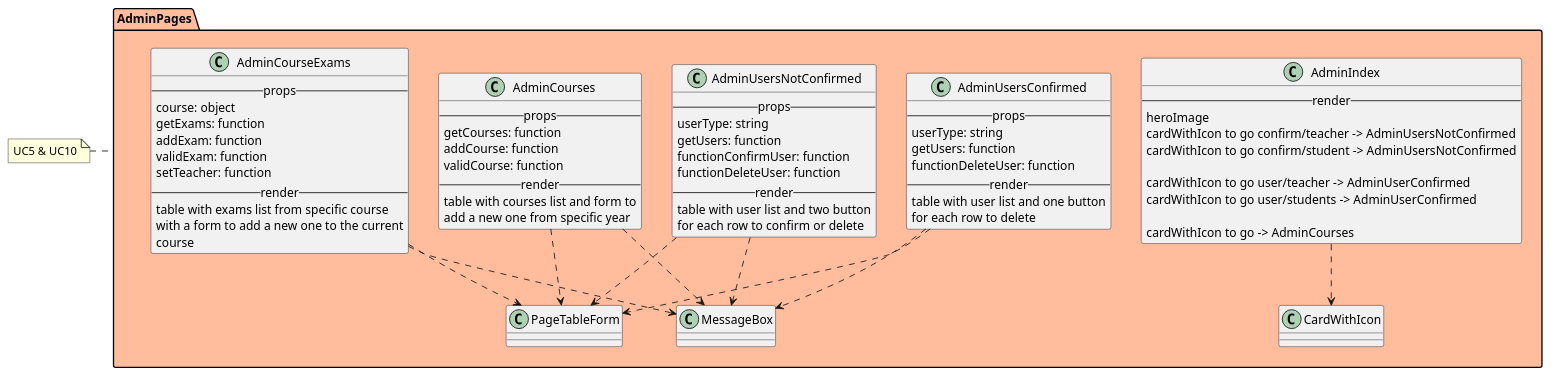
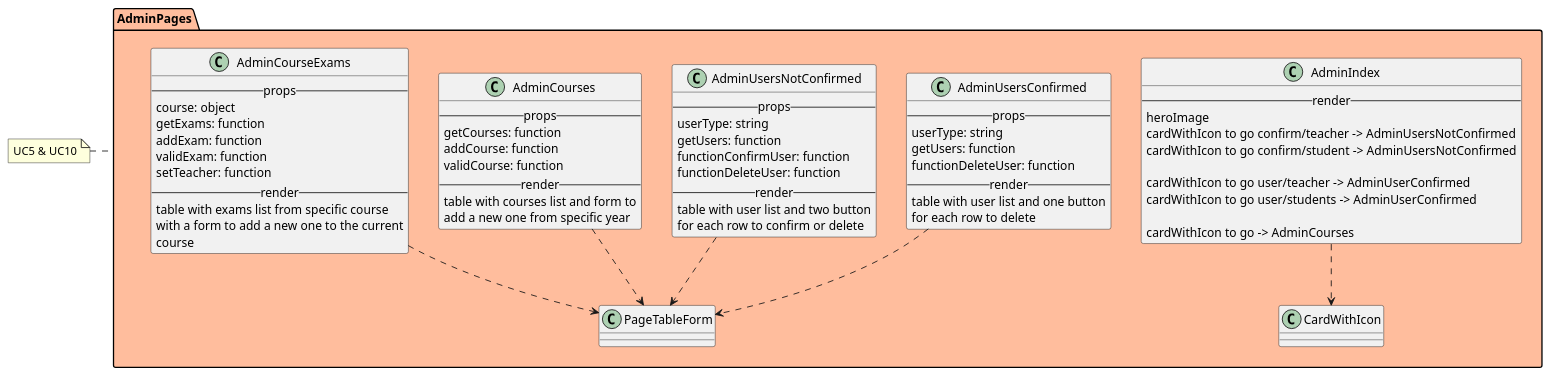
Before and after one commit to M9k/Marvin-Uml: the diagram in react/admin/index.iuml, drawn with PlantUML. The commit also changed 11 other files, not shown here.

```diff
--- a/react/admin/index.iuml
+++ b/react/admin/index.iuml
@@ -1,70 +1,67 @@
 package AdminPages #FFBD9D {
 
 class AdminIndex{
 --render--
     heroImage
     cardWithIcon to go confirm/teacher -> AdminUsersNotConfirmed
     cardWithIcon to go confirm/student -> AdminUsersNotConfirmed
 
     cardWithIcon to go user/teacher -> AdminUserConfirmed
     cardWithIcon to go user/students -> AdminUserConfirmed
 
     cardWithIcon to go -> AdminCourses
 }
 AdminIndex ..> CardWithIcon
 
 class AdminUsersConfirmed{
     --props--
         userType: string
         getUsers: function
         functionDeleteUser: function
     --render--
         table with user list and one button
         for each row to delete
 }
 AdminUsersConfirmed ..> PageTableForm
-AdminUsersConfirmed ..> MessageBox
+
 
 class AdminUsersNotConfirmed{
     --props--
         userType: string
         getUsers: function
         functionConfirmUser: function
         functionDeleteUser: function
     --render--
         table with user list and two button
         for each row to confirm or delete
 }
 AdminUsersNotConfirmed ..> PageTableForm
-AdminUsersNotConfirmed ..> MessageBox
 
 class AdminCourses{
     --props--
         getCourses: function
         addCourse: function
         validCourse: function
     --render--
         table with courses list and form to
         add a new one from specific year
 }
 AdminCourses ..> PageTableForm
-AdminCourses ..> MessageBox
 
 class AdminCourseExams{
     --props--
         course: object
         getExams: function
         addExam: function
         validExam: function
         setTeacher: function
     --render--
         table with exams list from specific course
         with a form to add a new one to the current
         course
 }
 AdminCourseExams ..> PageTableForm
-AdminCourseExams ..> MessageBox
 
 }
 
 note left of AdminPages: UC5 & UC10
```
